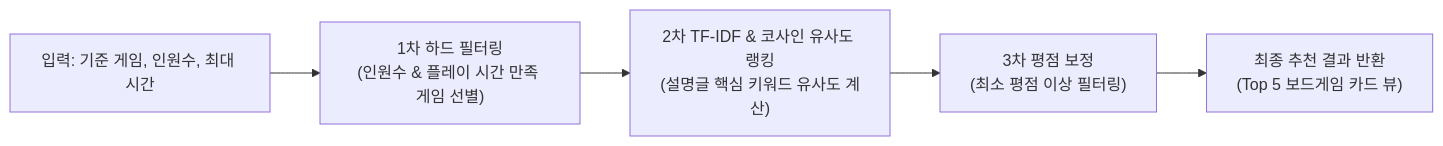
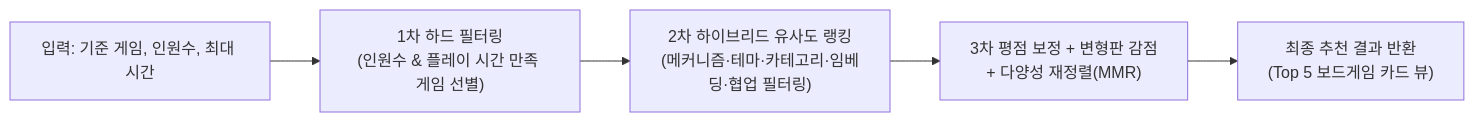
The first of 2 diagrams in README.md (junijuny/boardgame-recommender), drawn with Mermaid before and after one commit. The commit also changed other lines of this file and 30 other files, not shown here.

````diff
--- a/README.md
+++ b/README.md
@@ -50,7 +50,7 @@
 ```mermaid
 flowchart LR
     A["입력: 기준 게임, 인원수, 최대 시간"] --> B["1차 하드 필터링<br/>(인원수 & 플레이 시간 만족 게임 선별)"]
-    B --> C["2차 TF-IDF & 코사인 유사도 랭킹<br/>(설명글 핵심 키워드 유사도 계산)"]
-    C --> D["3차 평점 보정<br/>(최소 평점 이상 필터링)"]
+    B --> C["2차 하이브리드 유사도 랭킹<br/>(메커니즘·테마·카테고리·임베딩·협업 필터링)"]
+    C --> D["3차 평점 보정 + 변형판 감점<br/>+ 다양성 재정렬(MMR)"]
     D --> E["최종 추천 결과 반환<br/>(Top 5 보드게임 카드 뷰)"]
 ```
````
